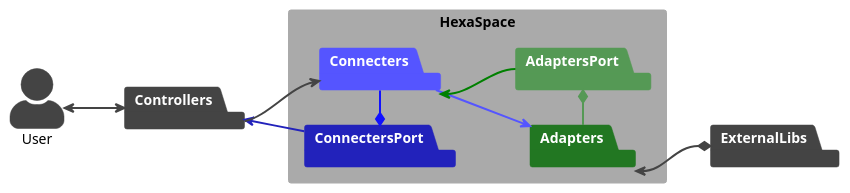
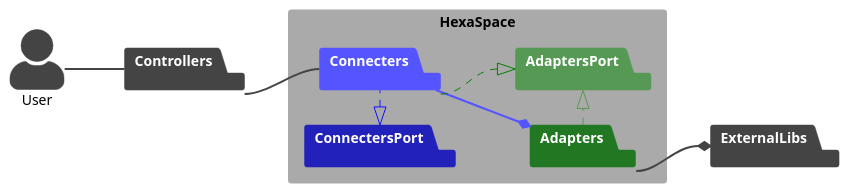
The diagram in diagrammesUml/hexaLogical.puml (ohabille/maincore), drawn with PlantUML before and after one commit. The commit also changed 8 other files, not shown here.

Commit message:
Diagrammes WIP 16/05/2021

```diff
--- a/diagrammesUml/hexaLogical.puml
+++ b/diagrammesUml/hexaLogical.puml
@@ -1,31 +1,30 @@
 @startuml
 
 left to right direction
 skinparam actorStyle awesome
 skinparam packageStyle rectangle
 
 actor User #444;line:444;
 
 package Controllers #444;line:444;text:white
-User <==> Controllers #line:444;
+User == Controllers #line:444;
 
 rectangle HexaSpace #AAA;line:AAA; {
     package ConnectersPort #22B;line:22B;text:white
-    Controllers <= ConnectersPort #line:22B;
 
     package Connecters #55F;line:55F;text:white
-    ConnectersPort *= Connecters #line:11F;
-    Controllers ==> Connecters #line:444;
+    ConnectersPort <|. Connecters #line:11F;
+    Controllers == Connecters #line:444;
 
     package Adapters #272;line:272;text:white
-    Connecters ==> Adapters #line:55F;
+    Connecters ==* Adapters #line:55F;
 
     package AdaptersPort #595;line:595;text:white
-    Connecters <= AdaptersPort #line:green;
-    Adapters =* AdaptersPort #line:595;
+    Connecters .|> AdaptersPort #line:green;
+    Adapters .|> AdaptersPort #line:595;
 }
 
 package ExternalLibs #444;line:444;text:white
-Adapters <==* ExternalLibs #line:444;
+Adapters ==* ExternalLibs #line:444;
 
 @enduml
```
